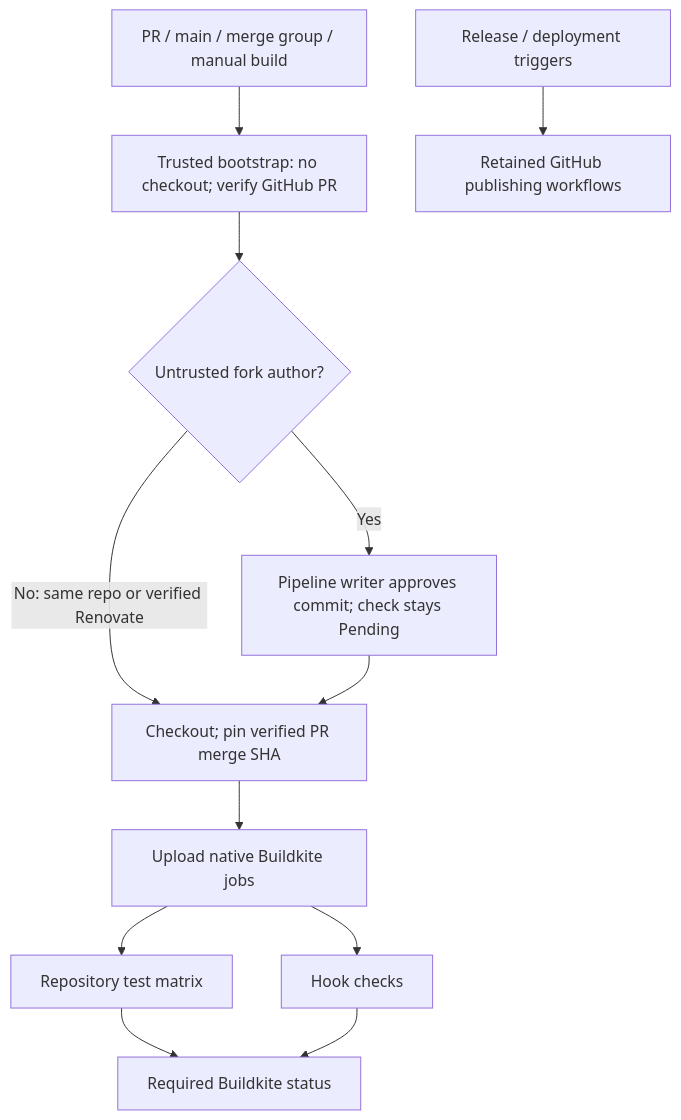
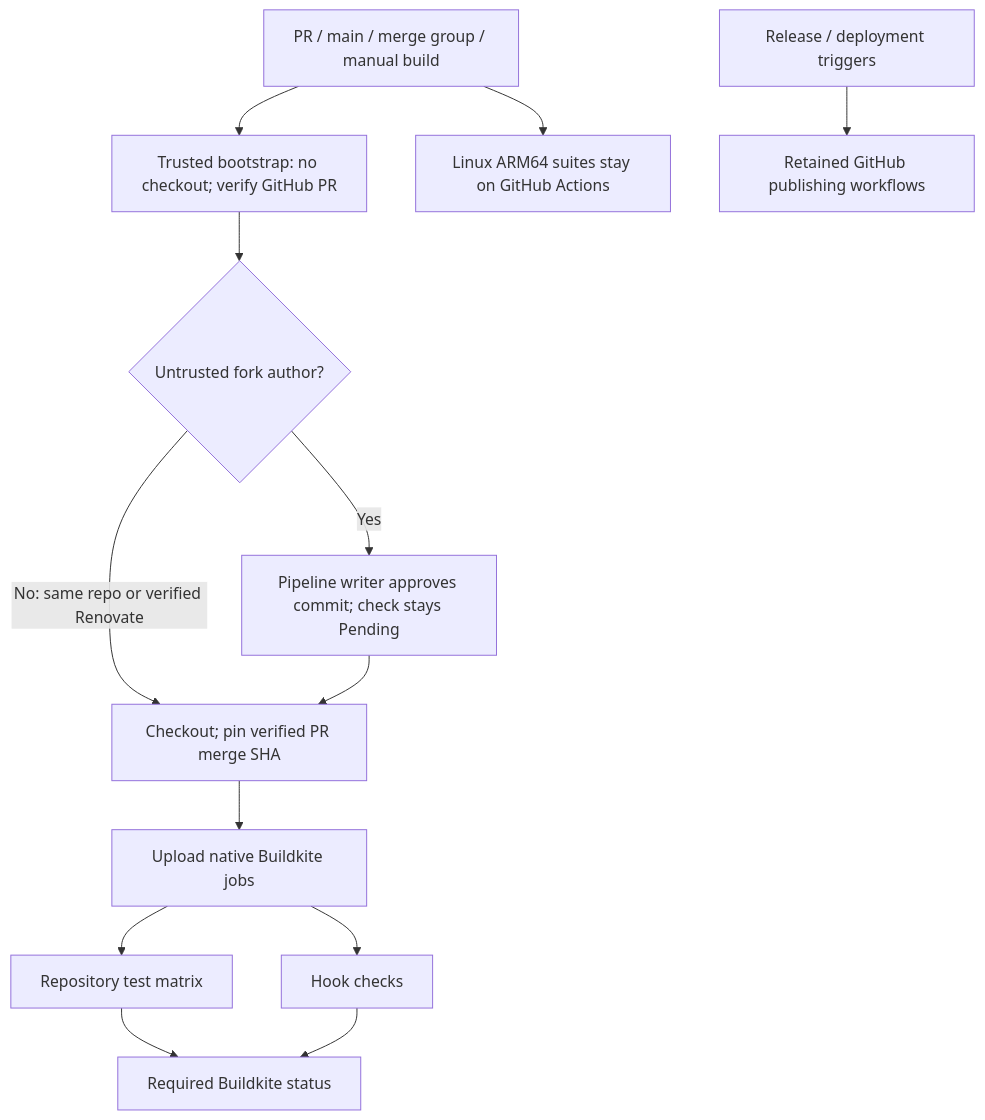
One commit to perplexityai/codescythe changed the diagram in .buildkite/README.md. Above: the diagram before and after it, drawn with Mermaid. The commit also changed other lines of this file and 2 other files, not shown here.

````diff
--- a/.buildkite/README.md
+++ b/.buildkite/README.md
@@ -5,14 +5,15 @@
 ```mermaid
 flowchart TD
   E["PR / main / merge group / manual build"] --> P["Trusted bootstrap: no checkout; verify GitHub PR"]
   P --> F{"Untrusted fork author?"}
   F -->|Yes| A["Pipeline writer approves commit; check stays Pending"]
   F -->|No: same repo or verified Renovate| C["Checkout; pin verified PR merge SHA"]
   A --> C
   C --> U["Upload native Buildkite jobs"]
   U --> T["Repository test matrix"]
   U --> H["Hook checks"]
   T --> S["Required Buildkite status"]
   H --> S
+  E --> ARM["Linux ARM64 suites stay on GitHub Actions"]
   R["Release / deployment triggers"] --> G["Retained GitHub publishing workflows"]
 ```
````
